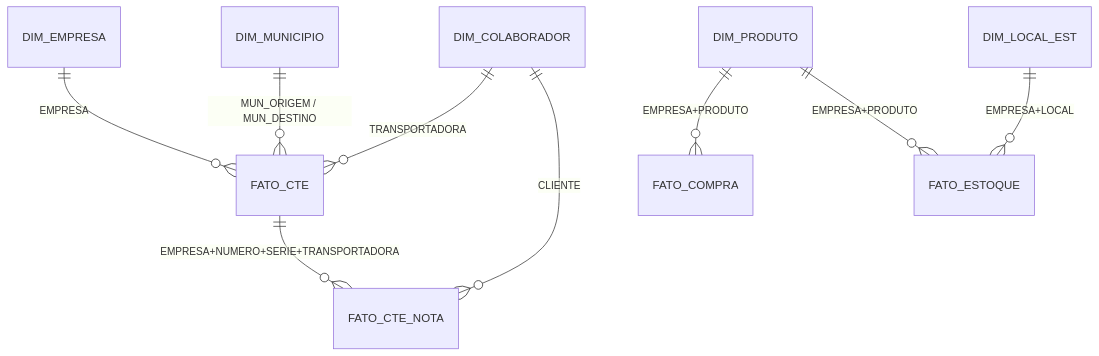
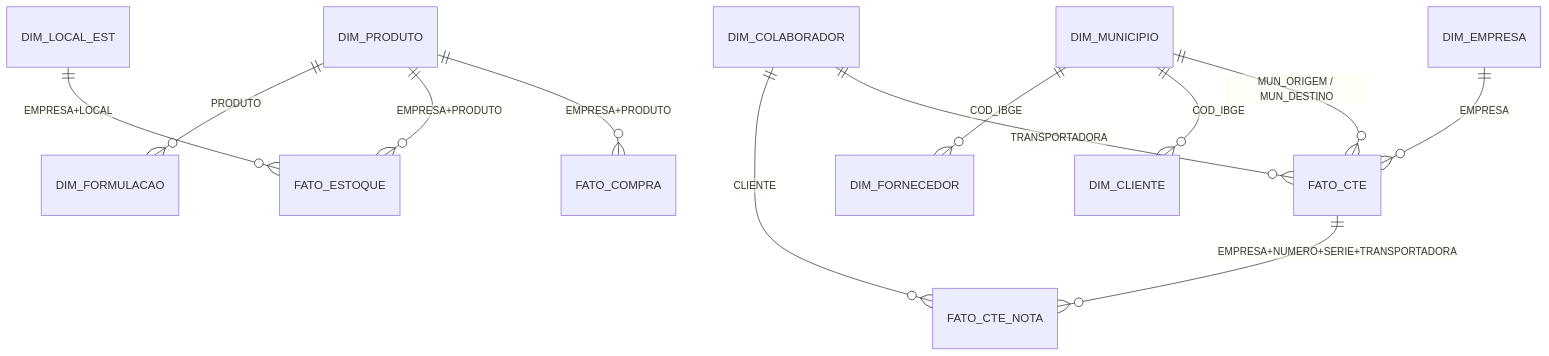
Before and after one commit to anschaugui/siger-snowflake: the diagram in docs/modelo-dados.md, drawn with Mermaid. The commit also changed other lines of this file and 21 other files, not shown here.

````diff
--- a/docs/modelo-dados.md
+++ b/docs/modelo-dados.md
@@ -8,11 +12,14 @@
 ```mermaid
 erDiagram
     DIM_EMPRESA      ||--o{ FATO_CTE       : "EMPRESA"
     DIM_COLABORADOR  ||--o{ FATO_CTE       : "TRANSPORTADORA"
     DIM_MUNICIPIO    ||--o{ FATO_CTE       : "MUN_ORIGEM / MUN_DESTINO"
     FATO_CTE         ||--o{ FATO_CTE_NOTA  : "EMPRESA+NUMERO+SERIE+TRANSPORTADORA"
     DIM_COLABORADOR  ||--o{ FATO_CTE_NOTA  : "CLIENTE"
     DIM_PRODUTO      ||--o{ FATO_COMPRA    : "EMPRESA+PRODUTO"
     DIM_PRODUTO      ||--o{ FATO_ESTOQUE   : "EMPRESA+PRODUTO"
     DIM_LOCAL_EST    ||--o{ FATO_ESTOQUE   : "EMPRESA+LOCAL"
+    DIM_PRODUTO      ||--o{ DIM_FORMULACAO : "PRODUTO"
+    DIM_MUNICIPIO    ||--o{ DIM_CLIENTE    : "COD_IBGE"
+    DIM_MUNICIPIO    ||--o{ DIM_FORNECEDOR : "COD_IBGE"
 ```
````
